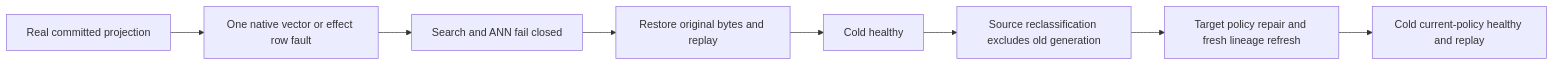
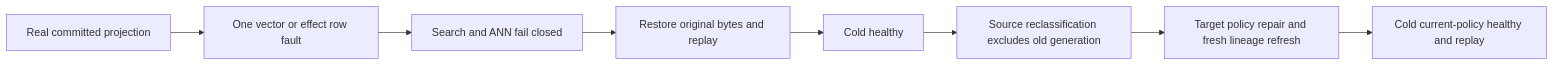
The diagram in docs/Features/Search/ProjectionDigestIntegrity.md (managedcode/KeyLoad), drawn with Mermaid before and after one commit. The commit also changed other lines of this file and 9016 other files, not shown here.

````diff
--- a/docs/Features/Search/ProjectionDigestIntegrity.md
+++ b/docs/Features/Search/ProjectionDigestIntegrity.md
@@ -13,10 +13,10 @@
 ```mermaid
 flowchart LR
- A[Real committed projection] --> B[One native vector or effect row fault]
+ A[Real committed projection] --> B[One vector or effect row fault]
  B --> C[Search and ANN fail closed]
  C --> D[Restore original bytes and replay]
  D --> E[Cold healthy]
  E --> F[Source reclassification excludes old generation]
  F --> G[Target policy repair and fresh lineage refresh]
  G --> H[Cold current-policy healthy and replay]
 ```
````
